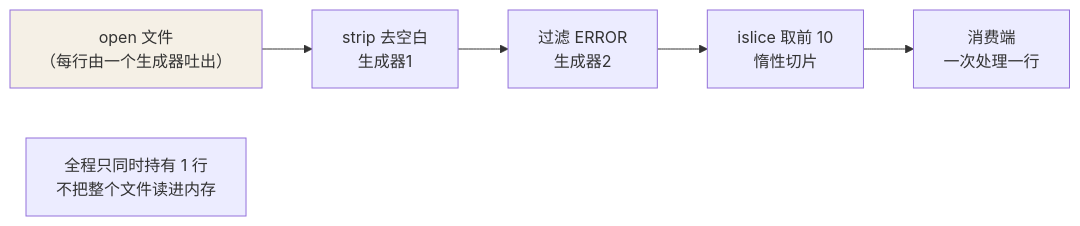
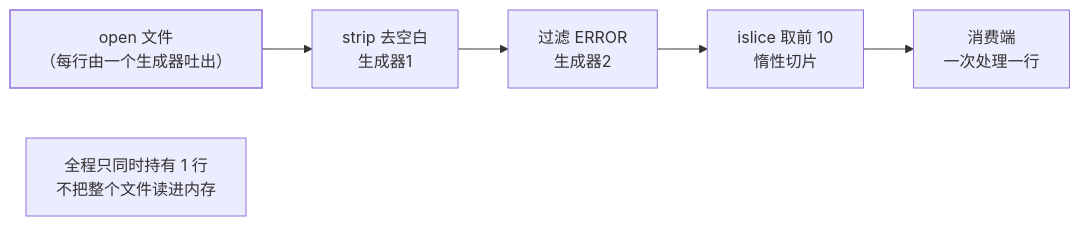
One commit to Loadhao/ascension changed the diagram in src/content/docs/python/intermediate/stdlib/02-functools-itertools.md. Above: the diagram before and after it, drawn with Mermaid. The commit also changed 87 other files, not shown here.

First line of the commit message:
fix: 全站图表配色改由主题接管，修复暗色主题下浅底浅字看不清

````diff
--- a/src/content/docs/python/intermediate/stdlib/02-functools-itertools.md
+++ b/src/content/docs/python/intermediate/stdlib/02-functools-itertools.md
@@ -88,9 +88,10 @@
 ```mermaid
 flowchart LR
     F["open 文件<br/>（每行由一个生成器吐出）"] --> S["strip 去空白<br/>生成器1"]
     S --> E["过滤 ERROR<br/>生成器2"]
     E --> I["islice 取前 10<br/>惰性切片"]
     I --> C["消费端<br/>一次处理一行"]
     note["全程只同时持有 1 行<br/>不把整个文件读进内存"]
-    style F fill:#f5f0e6
+    class F hl
+    classDef hl stroke-width:1.5px
 ```
````
